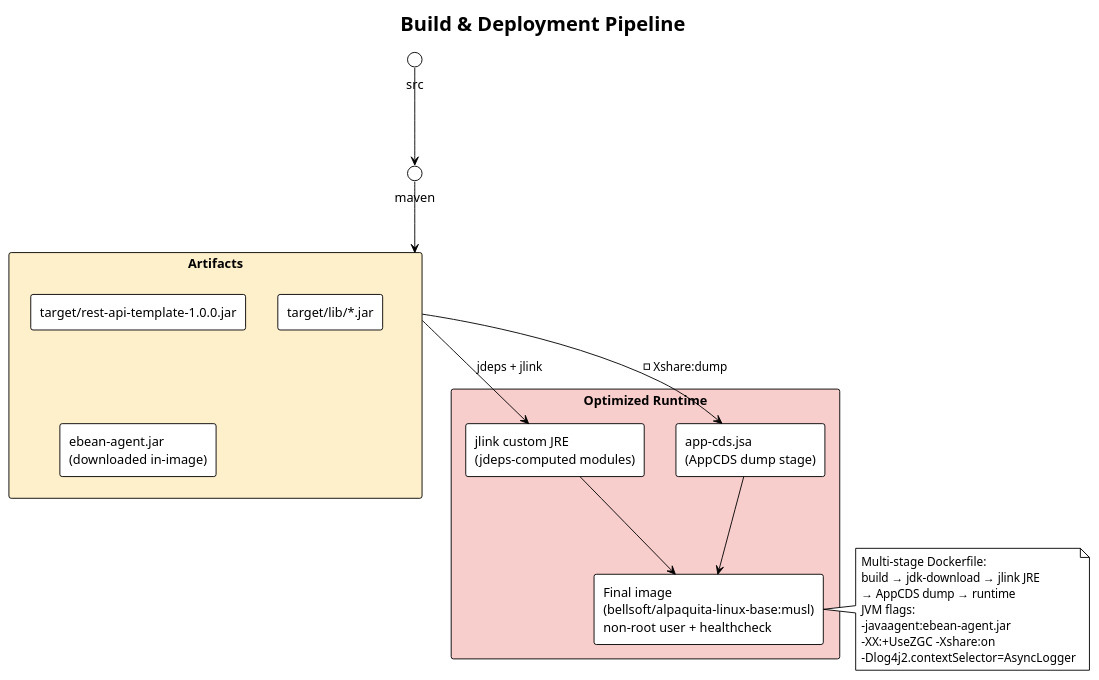
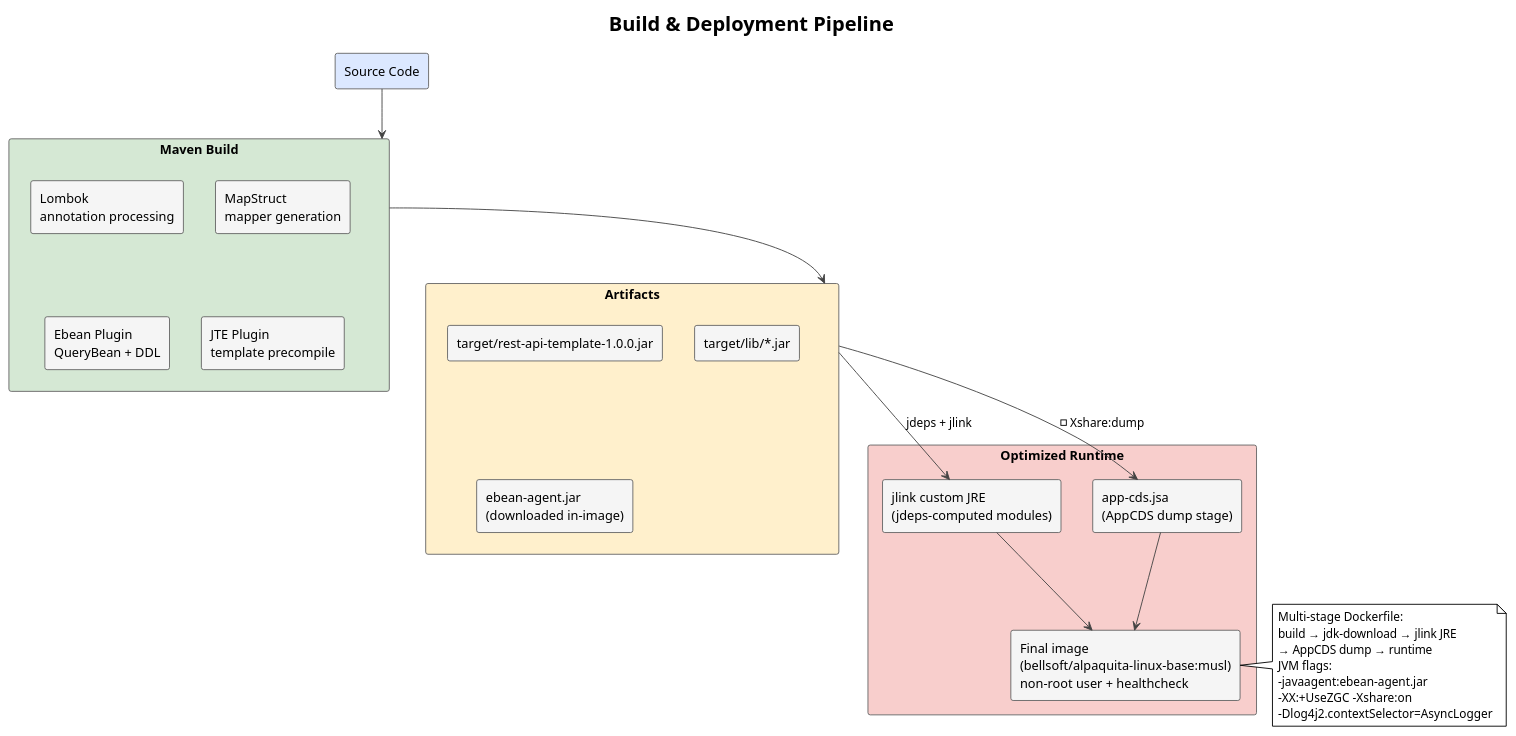
Before and after one commit to batzorigt/rest-api-template: the eighth of 8 diagrams in docs/architecture.md, drawn with PlantUML. The commit also changed other lines of this file and 1 other file, not shown here.

````diff
--- a/docs/architecture.md
+++ b/docs/architecture.md
@@ -329,37 +595,51 @@
 ```plantuml
 @startuml Build
 !theme plain
 title Build & Deployment Pipeline
 
+skinparam rectangle {
+  BorderColor #666666
+  BackgroundColor #f5f5f5
+}
+skinparam ArrowColor #444444
+
+rectangle "Source Code" as src #dce8ff
+
+rectangle "Maven Build" as maven #d5e8d4 {
+  rectangle "Lombok\nannotation processing" as lombok
+  rectangle "MapStruct\nmapper generation" as mapstruct
+  rectangle "Ebean Plugin\nQueryBean + DDL" as ebean
+  rectangle "JTE Plugin\ntemplate precompile" as jte
+}
 
 rectangle "Artifacts" as artifacts #fff0cc {
   rectangle "target/rest-api-template-1.0.0.jar" as jar
   rectangle "target/lib/*.jar" as libs
   rectangle "ebean-agent.jar\n(downloaded in-image)" as agent
 }
 
 rectangle "Optimized Runtime" as deploy #f8cecc {
   rectangle "jlink custom JRE\n(jdeps-computed modules)" as jre
   rectangle "app-cds.jsa\n(AppCDS dump stage)" as cds
   rectangle "Final image\n(bellsoft/alpaquita-linux-base:musl)\nnon-root user + healthcheck" as docker
 }
 
 src --> maven
 maven --> artifacts
 artifacts --> jre : "jdeps + jlink"
 artifacts --> cds : "-Xshare:dump"
 jre --> docker
 cds --> docker
 
 note right of docker
   Multi-stage Dockerfile:
   build → jdk-download → jlink JRE
   → AppCDS dump → runtime
   JVM flags:
   -javaagent:ebean-agent.jar
   -XX:+UseZGC -Xshare:on
   -Dlog4j2.contextSelector=AsyncLogger
 end note
 
 @enduml
 ```
````
